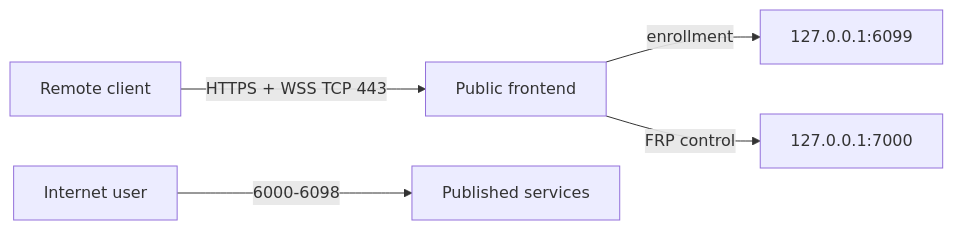
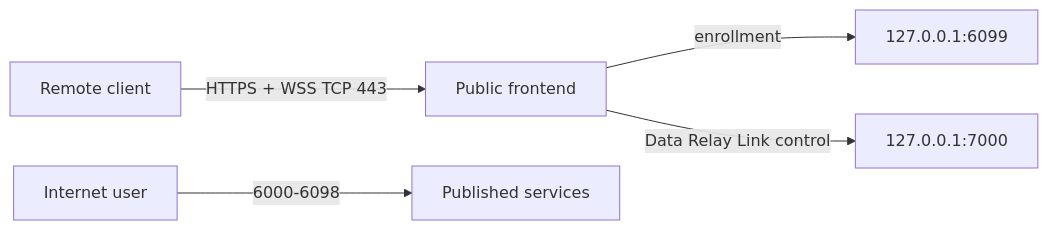
One commit to datarelay-labs/data-relay-link-docs changed the second of 2 diagrams in reference/network-ports.mdx. Above: the diagram before and after it, drawn with Mermaid. The commit also changed other lines of this file and 36 other files, not shown here.

````diff
--- a/reference/network-ports.mdx
+++ b/reference/network-ports.mdx
@@ -37,7 +37,7 @@
 ```mermaid
 flowchart LR
     C[Remote client] -->|HTTPS + WSS TCP 443| FE[Public frontend]
     FE -->|enrollment| A[127.0.0.1:6099]
-    FE -->|FRP control| F[127.0.0.1:7000]
+    FE -->|Data Relay Link control| F[127.0.0.1:7000]
     U[Internet user] -->|6000-6098| P[Published services]
 ```
````
